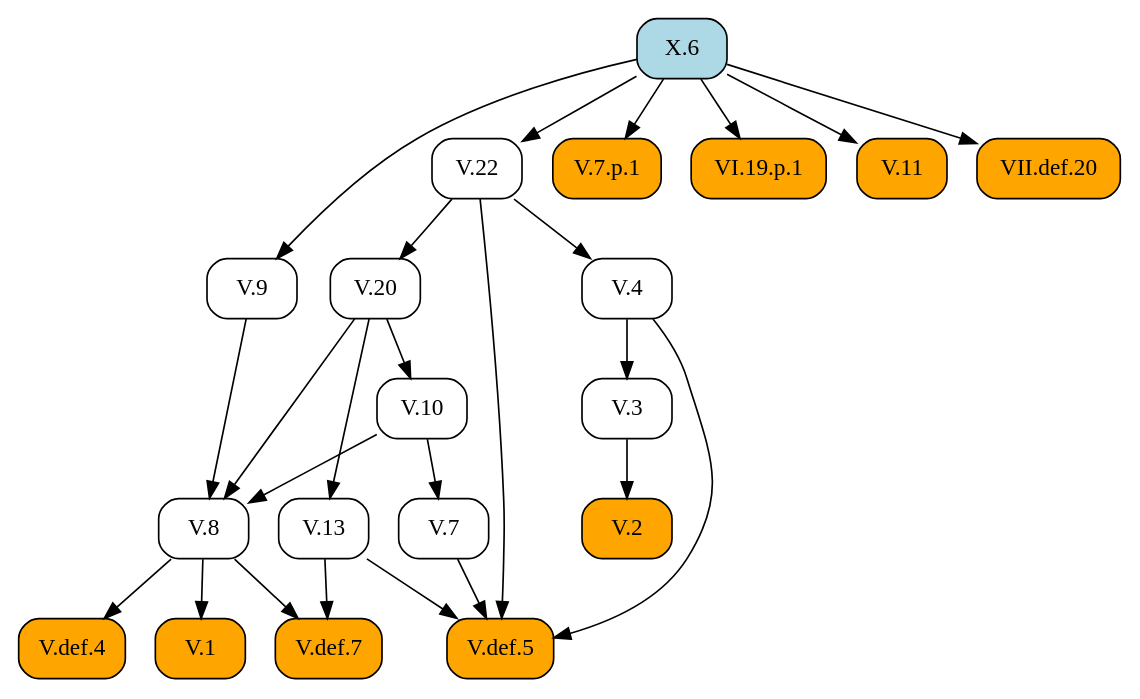
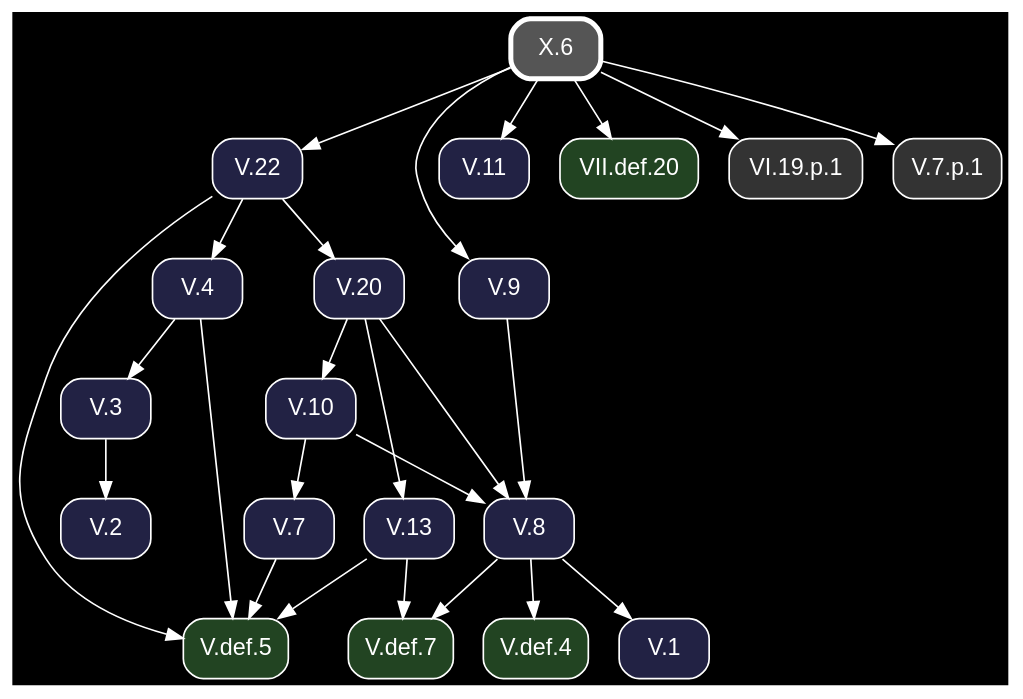
Before and after one commit to geometor/elements: the diagram in docsrc/heath/X/6/index.rst, drawn with Graphviz. The commit also changed other lines of this file and 1200 other files, not shown here.

Commit message:
update dependency graphs

```diff
--- a/docsrc/heath/X/6/index.rst
+++ b/docsrc/heath/X/6/index.rst
@@ -84,49 +84,51 @@
 .. graphviz::
 
    digraph {
+     bgcolor="black";
+     node [shape=box, style="rounded,filled", fontname="Helvetica", color="white", fontcolor="white"];
+     edge [color="white", fontcolor="white"];
      rankdir="TB";
-     node [shape=box, style=rounded];
-     "V.2" [style="rounded,filled", fillcolor=orange, URL="/heath/V/2/", target="_top"];
-     "V.def.7" [style="rounded,filled", fillcolor=orange, URL="/heath/V/def.7/", target="_top"];
-     "V.13" [URL="/heath/V/13/", target="_top"];
-     "V.3" [URL="/heath/V/3/", target="_top"];
-     "V.7" [URL="/heath/V/7/", target="_top"];
-     "V.7.p.1" [style="rounded,filled", fillcolor=orange];
-     "VI.19.p.1" [style="rounded,filled", fillcolor=orange];
-     "V.def.5" [style="rounded,filled", fillcolor=orange, URL="/heath/V/def.5/", target="_top"];
-     "X.6" [style="rounded,filled", fillcolor=lightblue, URL="/heath/X/6/", target="_top"];
-     "V.9" [URL="/heath/V/9/", target="_top"];
-     "V.8" [URL="/heath/V/8/", target="_top"];
-     "V.10" [URL="/heath/V/10/", target="_top"];
-     "V.4" [URL="/heath/V/4/", target="_top"];
-     "V.22" [URL="/heath/V/22/", target="_top"];
-     "V.1" [style="rounded,filled", fillcolor=orange, URL="/heath/V/1/", target="_top"];
-     "V.20" [URL="/heath/V/20/", target="_top"];
-     "V.11" [style="rounded,filled", fillcolor=orange, URL="/heath/V/11/", target="_top"];
-     "VII.def.20" [style="rounded,filled", fillcolor=orange, URL="/heath/VII/def.20/", target="_top"];
-     "V.def.4" [style="rounded,filled", fillcolor=orange, URL="/heath/V/def.4/", target="_top"];
-     "V.3" -> "V.2";
-     "V.8" -> "V.def.7";
-     "V.13" -> "V.def.7";
-     "V.20" -> "V.13";
-     "V.4" -> "V.3";
-     "V.10" -> "V.7";
-     "X.6" -> "V.7.p.1";
-     "X.6" -> "VI.19.p.1";
+     "V.def.5" [fillcolor="#224422", URL="/heath/V/def.5/", target="_top"];
+     "V.22" [fillcolor="#222244", URL="/heath/V/22/", target="_top"];
+     "V.11" [fillcolor="#222244", URL="/heath/V/11/", target="_top"];
+     "V.def.7" [fillcolor="#224422", URL="/heath/V/def.7/", target="_top"];
+     "X.6" [penwidth=3, color="white", fillcolor="#555555", URL="/heath/X/6/", target="_top"];
+     "V.def.4" [fillcolor="#224422", URL="/heath/V/def.4/", target="_top"];
+     "V.20" [fillcolor="#222244", URL="/heath/V/20/", target="_top"];
+     "VII.def.20" [fillcolor="#224422", URL="/heath/VII/def.20/", target="_top"];
+     "V.2" [fillcolor="#222244", URL="/heath/V/2/", target="_top"];
+     "V.1" [fillcolor="#222244", URL="/heath/V/1/", target="_top"];
+     "VI.19.p.1" [fillcolor="#333333"];
+     "V.4" [fillcolor="#222244", URL="/heath/V/4/", target="_top"];
+     "V.8" [fillcolor="#222244", URL="/heath/V/8/", target="_top"];
+     "V.7.p.1" [fillcolor="#333333"];
+     "V.13" [fillcolor="#222244", URL="/heath/V/13/", target="_top"];
+     "V.7" [fillcolor="#222244", URL="/heath/V/7/", target="_top"];
+     "V.3" [fillcolor="#222244", URL="/heath/V/3/", target="_top"];
+     "V.9" [fillcolor="#222244", URL="/heath/V/9/", target="_top"];
+     "V.10" [fillcolor="#222244", URL="/heath/V/10/", target="_top"];
      "V.4" -> "V.def.5";
      "V.7" -> "V.def.5";
      "V.13" -> "V.def.5";
      "V.22" -> "V.def.5";
-     "X.6" -> "V.9";
+     "X.6" -> "V.22";
+     "X.6" -> "V.11";
+     "V.8" -> "V.def.7";
+     "V.13" -> "V.def.7";
+     "V.8" -> "V.def.4";
+     "V.22" -> "V.20";
+     "X.6" -> "VII.def.20";
+     "V.3" -> "V.2";
+     "V.8" -> "V.1";
+     "X.6" -> "VI.19.p.1";
+     "V.22" -> "V.4";
      "V.9" -> "V.8";
      "V.10" -> "V.8";
      "V.20" -> "V.8";
+     "X.6" -> "V.7.p.1";
+     "V.20" -> "V.13";
+     "V.10" -> "V.7";
+     "V.4" -> "V.3";
+     "X.6" -> "V.9";
      "V.20" -> "V.10";
-     "V.22" -> "V.4";
-     "X.6" -> "V.22";
-     "V.8" -> "V.1";
-     "V.22" -> "V.20";
-     "X.6" -> "V.11";
-     "X.6" -> "VII.def.20";
-     "V.8" -> "V.def.4";
    }
```
